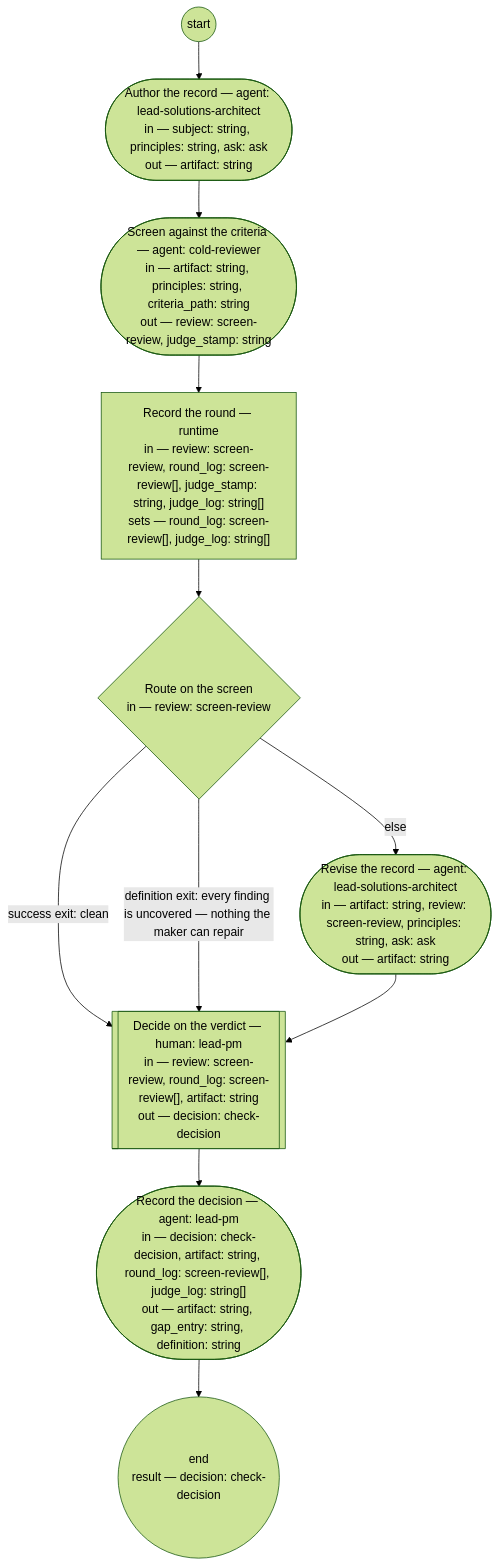
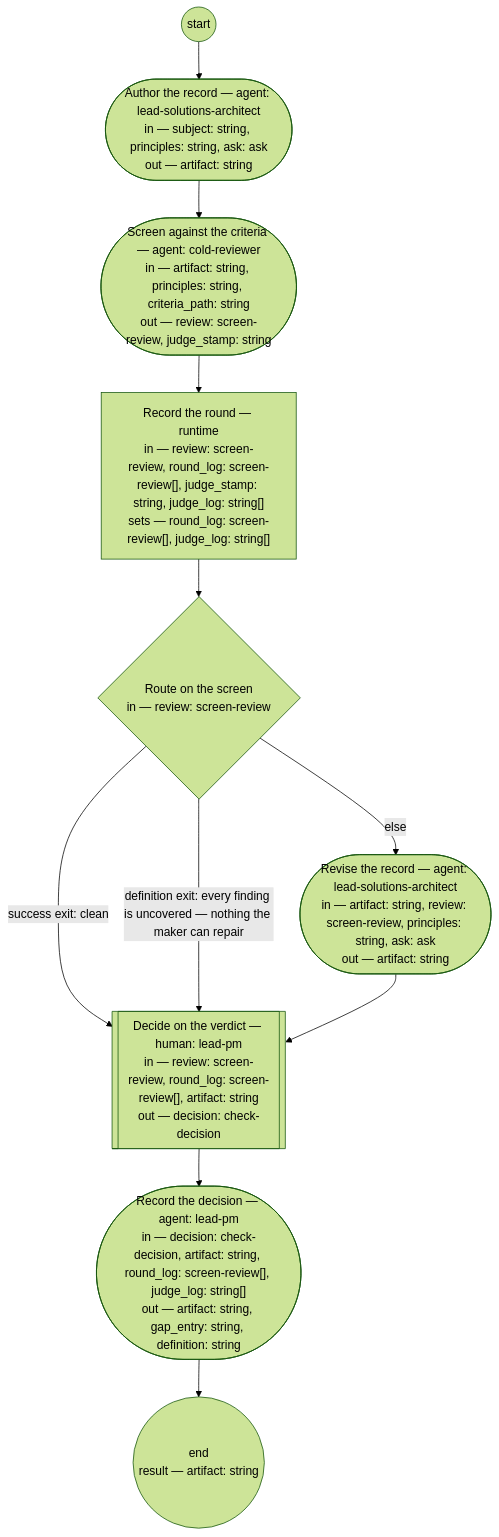
One commit to dstengle/shopsystem-product changed the diagram in .claude/skills/adr-authoring/SKILL.md. Above: the diagram before and after it, drawn with Mermaid (forest theme). The commit also changed other lines of this file and 5 other files, not shown here.

````diff
--- a/.claude/skills/adr-authoring/SKILL.md
+++ b/.claude/skills/adr-authoring/SKILL.md
@@ -33,21 +33,21 @@
 ```mermaid
 flowchart TD
   author(["Author the record — agent: lead-solutions-architect<br/>in — subject: string, principles: string, ask: ask<br/>out — artifact: string"])
   screen(["Screen against the criteria — agent: cold-reviewer<br/>in — artifact: string, principles: string, criteria_path: string<br/>out — review: screen-review, judge_stamp: string"])
   log_round["Record the round — runtime<br/>in — review: screen-review, round_log: screen-review[], judge_stamp: string, judge_log: string[]<br/>sets — round_log: screen-review[], judge_log: string[]"]
   route_screen{"Route on the screen<br/>in — review: screen-review"}
   revise(["Revise the record — agent: lead-solutions-architect<br/>in — artifact: string, review: screen-review, principles: string, ask: ask<br/>out — artifact: string"])
   decide[["Decide on the verdict — human: lead-pm<br/>in — review: screen-review, round_log: screen-review[], artifact: string<br/>out — decision: check-decision"]]
   record(["Record the decision — agent: lead-pm<br/>in — decision: check-decision, artifact: string, round_log: screen-review[], judge_log: string[]<br/>out — artifact: string, gap_entry: string, definition: string"])
-  __end(("end<br/>result — decision: check-decision"))
+  __end(("end<br/>result — artifact: string"))
   __start(("start")) --> author
   author --> screen
   screen --> log_round
   log_round --> route_screen
   route_screen -->|success exit: clean| decide
   route_screen -->|definition exit: every finding is uncovered — nothing the maker can repair| decide
   route_screen -->|else| revise
   revise --> decide
   decide --> record
   record --> __end
 ```
````
